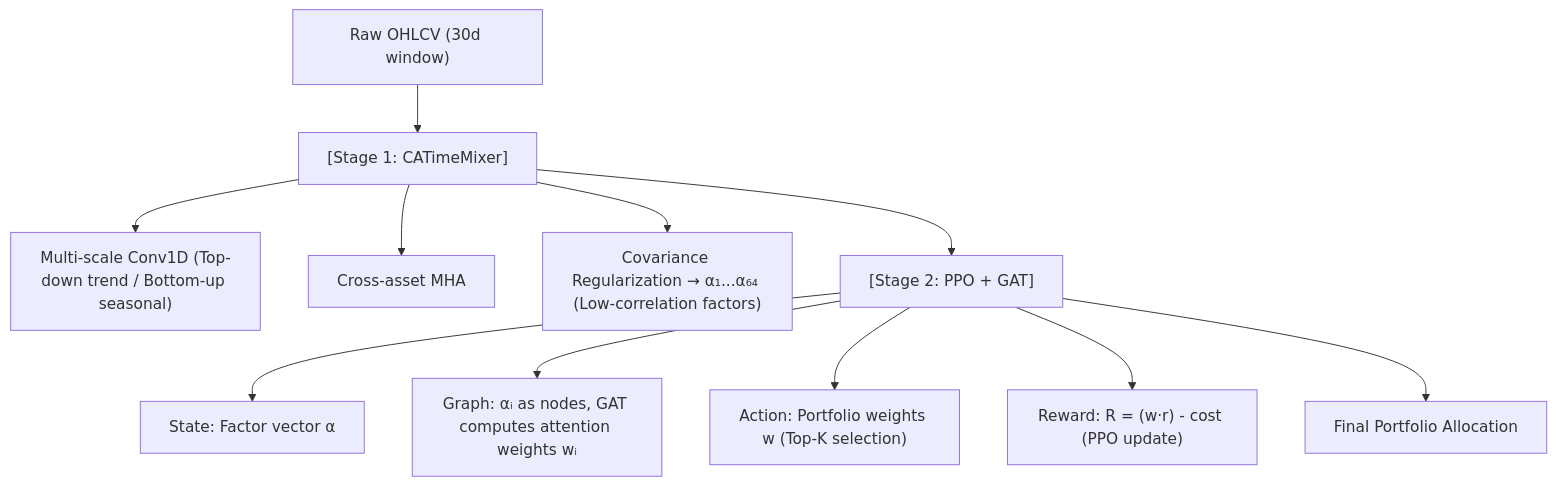
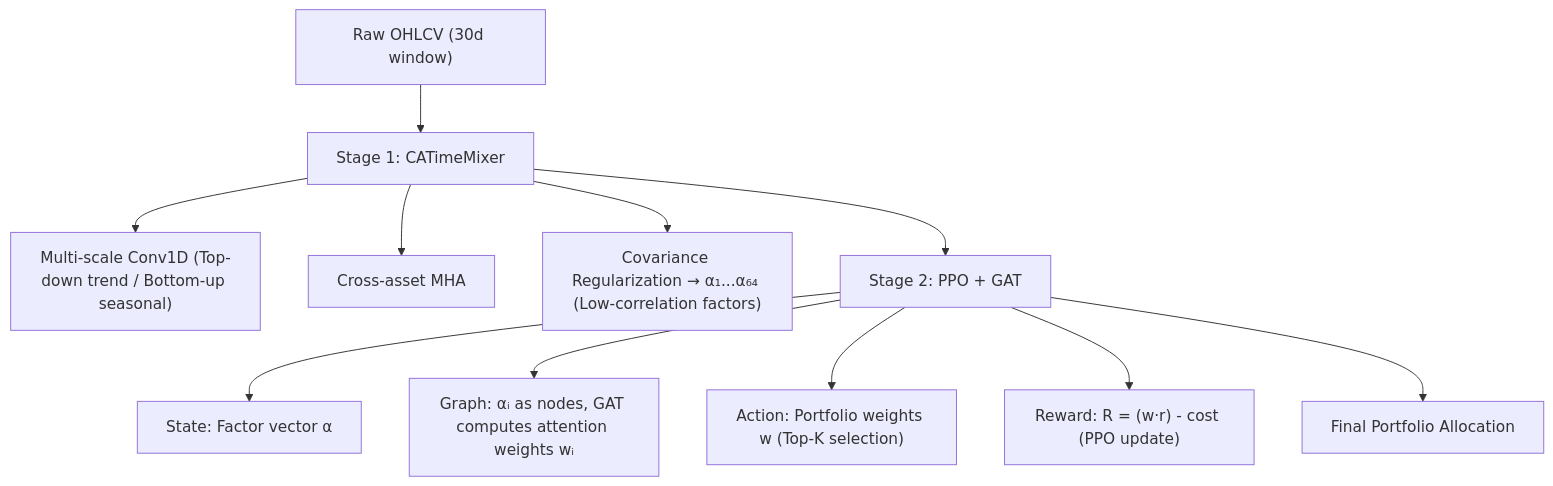
Before and after one commit to sou350121/Trading-Handbook: the diagram in foundations/portfolio-optimization/alphagat.md, drawn with Mermaid. The commit also changed 191 other files, not shown here.

First line of the commit message:
render: fix math + mermaid for GitHub across the corpus (188 pages)

````diff
--- a/foundations/portfolio-optimization/alphagat.md
+++ b/foundations/portfolio-optimization/alphagat.md
@@ -34,13 +34,13 @@
 ```mermaid
 flowchart TD
-    A["Raw OHLCV (30d window)"] --> B["[Stage 1: CATimeMixer]"]
+    A["Raw OHLCV (30d window)"] --> B["Stage 1: CATimeMixer"]
     B --> C["Multi-scale Conv1D (Top-down trend / Bottom-up seasonal)"]
     B --> D["Cross-asset MHA"]
     B --> E["Covariance Regularization → α₁...α₆₄ (Low-correlation factors)"]
-    B --> F["[Stage 2: PPO + GAT]"]
+    B --> F["Stage 2: PPO + GAT"]
     F --> G["State: Factor vector α"]
     F --> H["Graph: αᵢ as nodes, GAT computes attention weights wᵢ"]
     F --> I["Action: Portfolio weights w (Top-K selection)"]
     F --> J["Reward: R = (w·r) - cost (PPO update)"]
     F --> K["Final Portfolio Allocation"]
 ```
````
